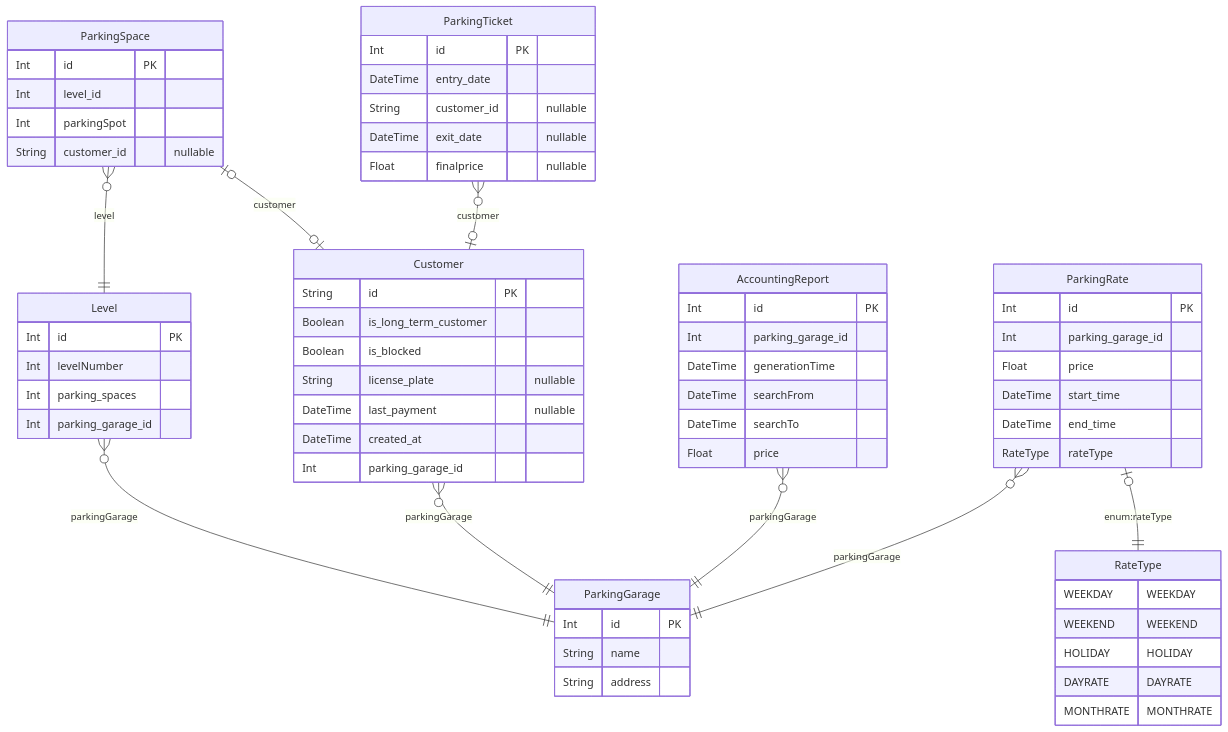
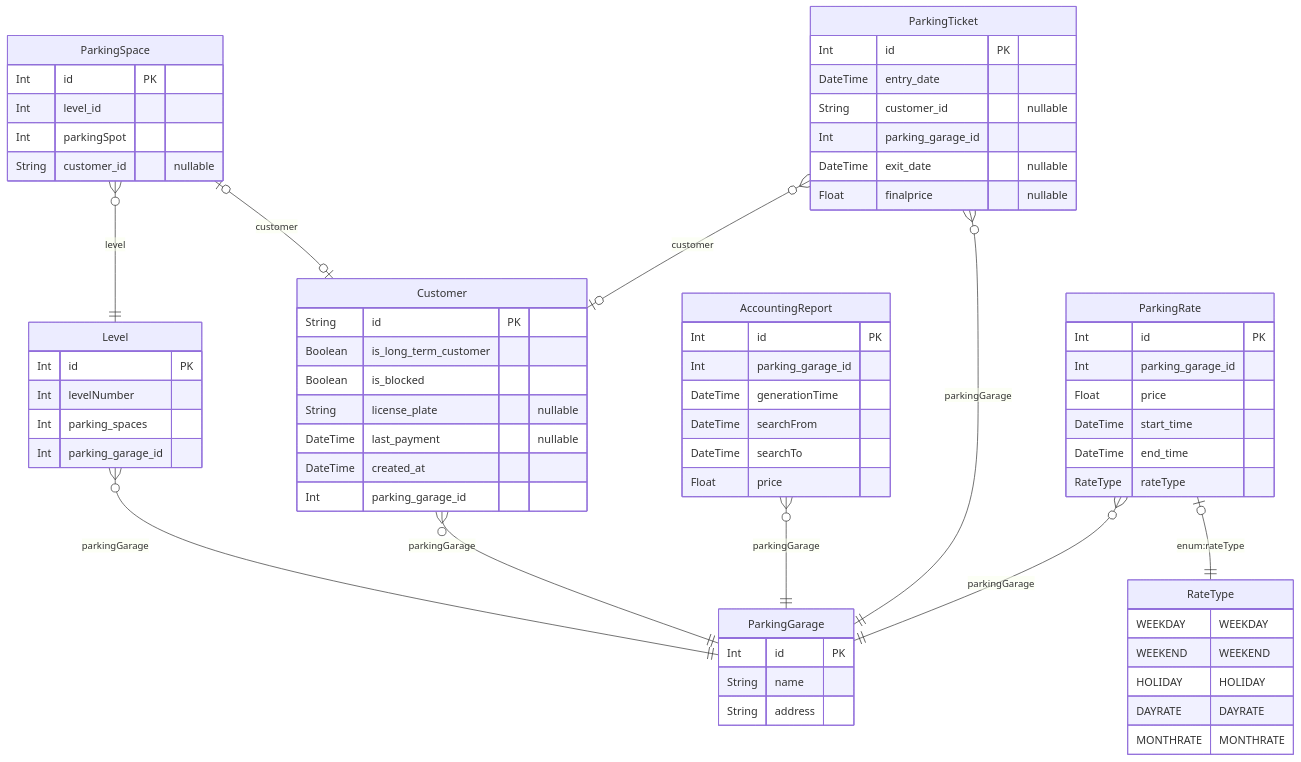
Before and after one commit to DaAlbrecht/parking-garage: the diagram in documentation/erd.md, drawn with Mermaid. The commit also changed 9 other files, not shown here.

````diff
--- a/documentation/erd.md
+++ b/documentation/erd.md
@@ -57,6 +57,7 @@
     Int id PK 
     DateTime entry_date  
     String customer_id  "nullable"
+    Int parking_garage_id  
     DateTime exit_date  "nullable"
     Float finalprice  "nullable"
     }
@@ -77,6 +78,7 @@
     Customer o{--|| ParkingGarage : "parkingGarage"
     AccountingReport o{--|| ParkingGarage : "parkingGarage"
     ParkingTicket o{--|o Customer : "customer"
+    ParkingTicket o{--|| ParkingGarage : "parkingGarage"
     ParkingRate o{--|| ParkingGarage : "parkingGarage"
     ParkingRate o|--|| RateType : "enum:rateType"
 ```
````
